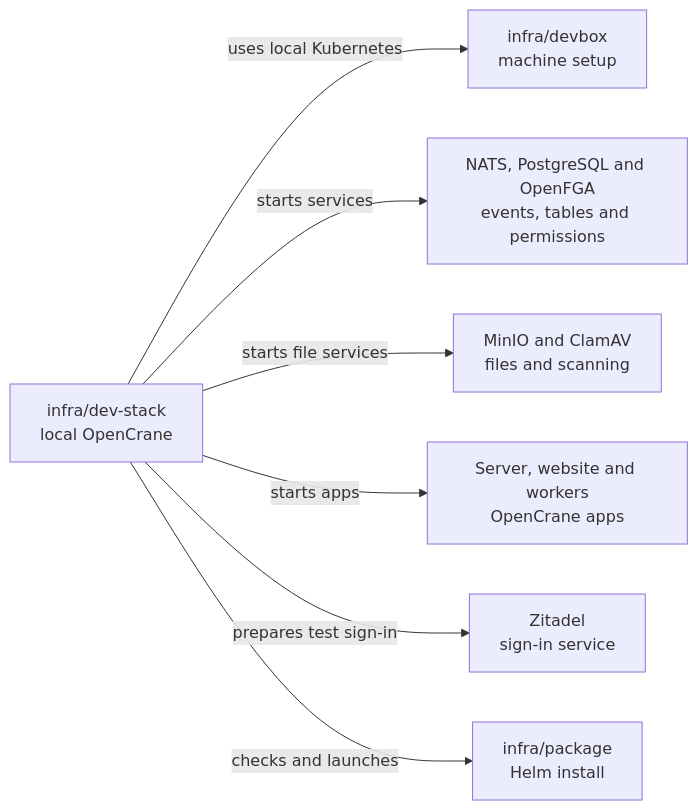
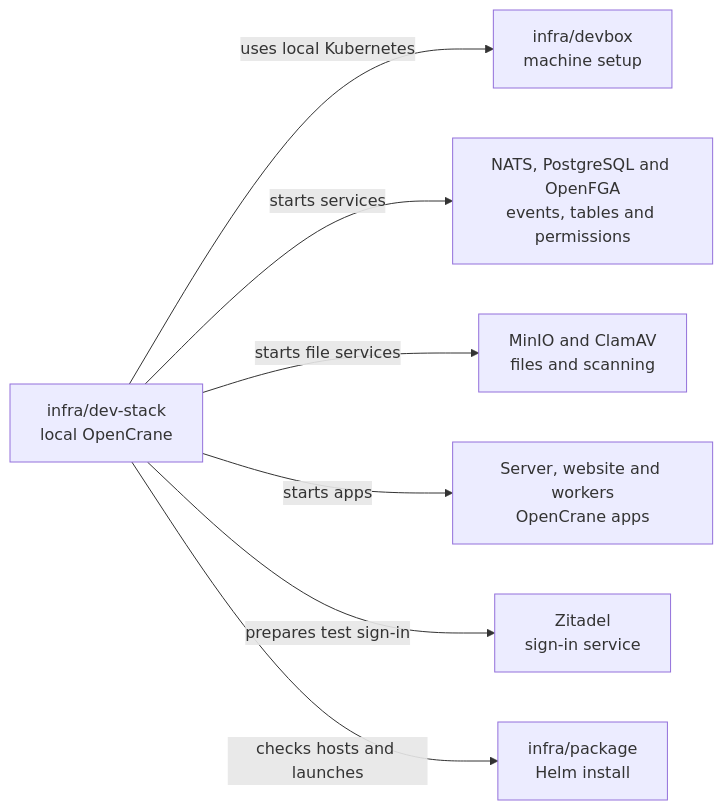
The diagram in infra/dev-stack/README.md (elewa-git/opencrane-new), drawn with Mermaid before and after one commit. The commit also changed other lines of this file and 78 other files, not shown here.

````diff
--- a/infra/dev-stack/README.md
+++ b/infra/dev-stack/README.md
@@ -17,9 +17,9 @@
 ```mermaid
 flowchart LR
   stack["infra/dev-stack<br/>local OpenCrane"] -->|uses local Kubernetes| devbox["infra/devbox<br/>machine setup"]
   stack -->|starts services| services["NATS, PostgreSQL and OpenFGA<br/>events, tables and permissions"]
   stack -->|starts file services| files["MinIO and ClamAV<br/>files and scanning"]
   stack -->|starts apps| apps["Server, website and workers<br/>OpenCrane apps"]
   stack -->|prepares test sign-in| zitadel["Zitadel<br/>sign-in service"]
-  stack -->|checks and launches| package["infra/package<br/>Helm install"]
+  stack -->|checks hosts and launches| package["infra/package<br/>Helm install"]
 ```
````
